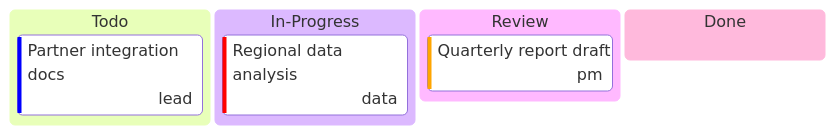
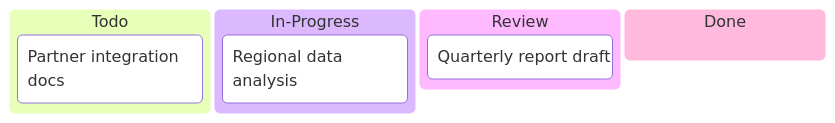
The first of 3 diagrams in docs/_projects/airegio.md (Katty-Fashion/kf-cpto), drawn with Mermaid before and after one commit. The commit also changed other lines of this file and 9 other files, not shown here.

First line of the commit message:
fix: remove mermaid kanban @{} metadata and quote node labels

````diff
--- a/docs/_projects/airegio.md
+++ b/docs/_projects/airegio.md
@@ -34,10 +34,10 @@
 ```mermaid
 kanban
   Todo
-    t2[Partner integration docs]@{ priority: 'Low', assigned: 'lead' }
+    t2["Partner integration docs"]
   In-Progress
-    t1[Regional data analysis]@{ priority: 'Very High', assigned: 'data' }
+    t1["Regional data analysis"]
   Review
-    t3[Quarterly report draft]@{ priority: 'High', assigned: 'pm' }
+    t3["Quarterly report draft"]
   Done
 ```
````
